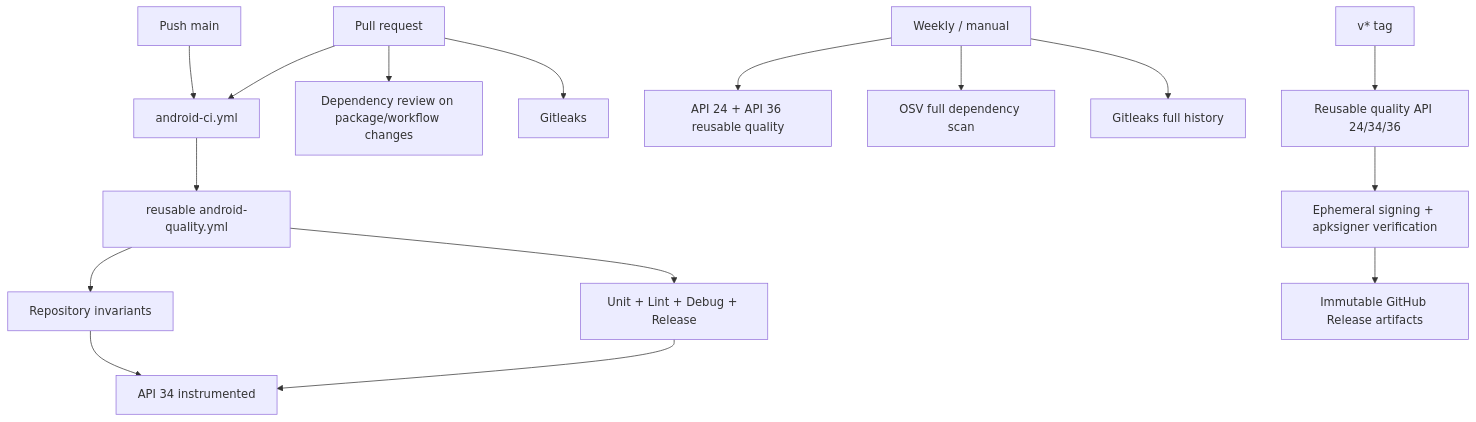
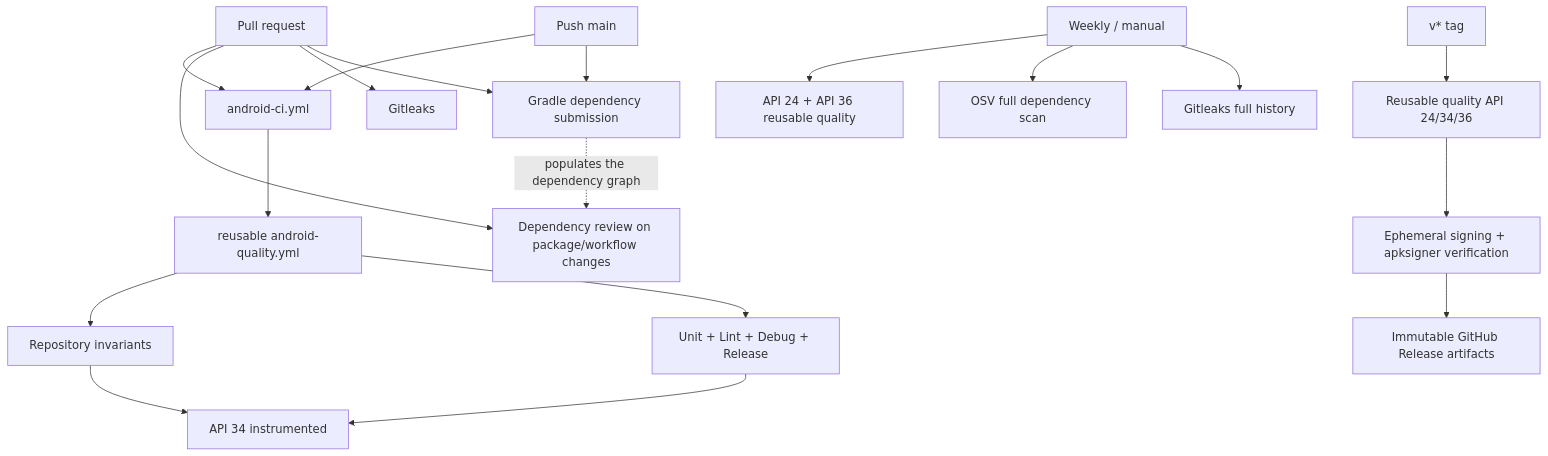
The first of 2 diagrams in docs/audits/automation-ci-report.md (xinye1017/yanji), drawn with Mermaid before and after one commit. The commit also changed other lines of this file, not shown here.

First line of the commit message:
docs: record why dependency review cannot run yet

````diff
--- a/docs/audits/automation-ci-report.md
+++ b/docs/audits/automation-ci-report.md
@@ -51,20 +58,23 @@
 ```mermaid
 flowchart TD
   PR[Pull request] --> CI[android-ci.yml]
   CI --> Q[reusable android-quality.yml]
   Q --> G[Repository invariants]
   Q --> B[Unit + Lint + Debug + Release]
   G --> I[API 34 instrumented]
   B --> I
   PR --> DR[Dependency review on package/workflow changes]
   PR --> GL[Gitleaks]
+  PR --> DS[Gradle dependency submission]
+  MAIN[Push main] --> CI
+  MAIN --> DS
+  DS -.->|populates the dependency graph| DR
 
-  MAIN[Push main] --> CI
   WEEKLY[Weekly / manual] --> MATRIX[API 24 + API 36 reusable quality]
   WEEKLY --> OSV[OSV full dependency scan]
   WEEKLY --> GLFULL[Gitleaks full history]
 
   TAG[v* tag] --> RQ[Reusable quality API 24/34/36]
   RQ --> SIGN[Ephemeral signing + apksigner verification]
   SIGN --> RELEASE[Immutable GitHub Release artifacts]
 ```
````
